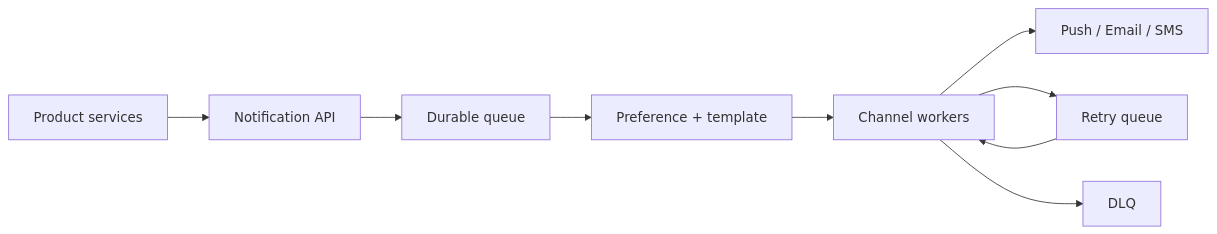
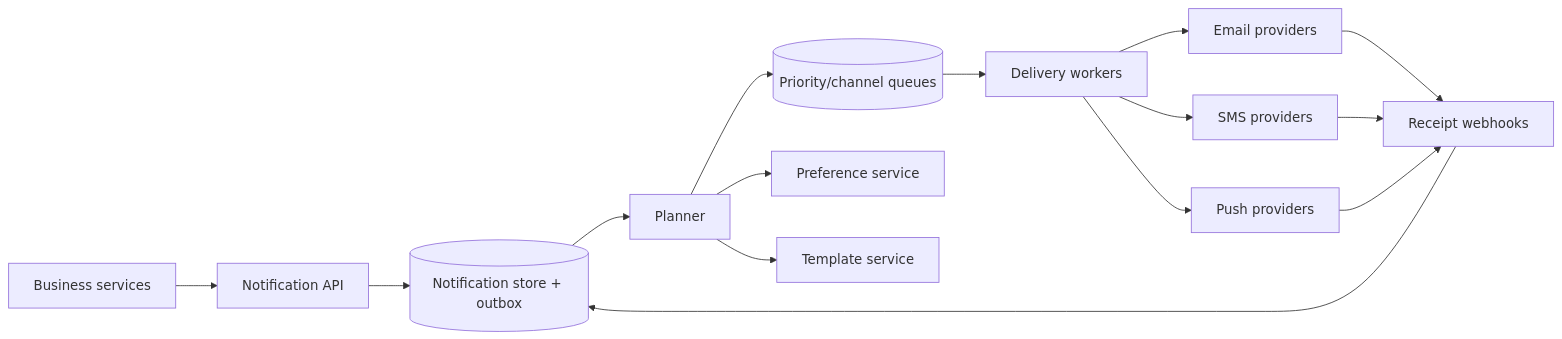
The diagram in src/content/blog/system-design/notification-system.md (yangzichao/www), drawn with Mermaid before and after one commit. The commit also changed other lines of this file and 18 other files, not shown here.

Commit message:
refactor: Revise URL Shortener design document to enhance clarity and detail on system evolution, API specifications, and architectural considerations

````diff
--- a/src/content/blog/system-design/notification-system.md
+++ b/src/content/blog/system-design/notification-system.md
@@ -88,11 +269,17 @@
 ```mermaid
 flowchart LR
-  P[Product services] --> A[Notification API]
-  A --> Q[Durable queue]
-  Q --> O[Preference + template]
-  O --> C[Channel workers]
-  C --> X[Push / Email / SMS]
-  C --> R[Retry queue]
-  R --> C
-  C --> D[DLQ]
+  B[Business services] --> API[Notification API]
+  API --> DB[(Notification store + outbox)]
+  DB --> P[Planner]
+  P --> Q[(Priority/channel queues)]
+  P --> PREF[Preference service]
+  P --> T[Template service]
+  Q --> W[Delivery workers]
+  W --> E[Email providers]
+  W --> S[SMS providers]
+  W --> PUSH[Push providers]
+  E --> H[Receipt webhooks]
+  S --> H
+  PUSH --> H
+  H --> DB
 ```
````
